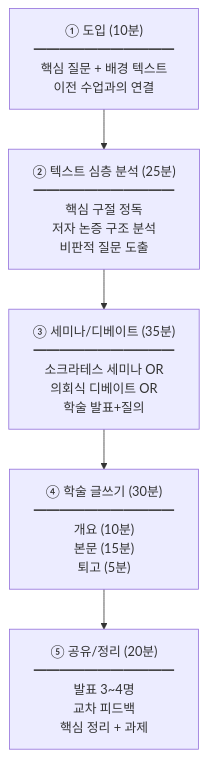
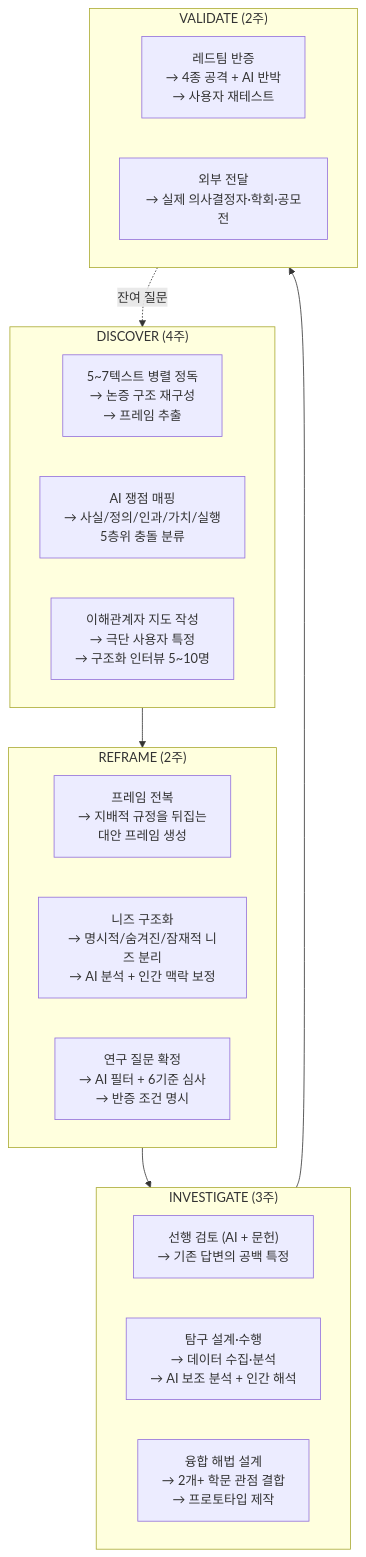
The first of 4 diagrams in 아이디어/독서토론_고등과정_실전운영_매뉴얼.md (Collegenie-X/ReadingClueProject), drawn with Mermaid before and after one commit. The commit also changed other lines of this file and 7 other files, not shown here.

````diff
--- a/아이디어/독서토론_고등과정_실전운영_매뉴얼.md
+++ b/아이디어/독서토론_고등과정_실전운영_매뉴얼.md
@@ -170,8 +21,24 @@
 ```mermaid
 flowchart TD
-    A["① 도입 (10분)<br/>━━━━━━━━━━━<br/>핵심 질문 + 배경 텍스트<br/>이전 수업과의 연결"]
-    --> B["② 텍스트 심층 분석 (25분)<br/>━━━━━━━━━━━<br/>핵심 구절 정독<br/>저자 논증 구조 분석<br/>비판적 질문 도출"]
-    --> C["③ 세미나/디베이트 (35분)<br/>━━━━━━━━━━━<br/>소크라테스 세미나 OR<br/>의회식 디베이트 OR<br/>학술 발표+질의"]
-    --> D["④ 학술 글쓰기 (30분)<br/>━━━━━━━━━━━<br/>개요 (10분)<br/>본문 (15분)<br/>퇴고 (5분)"]
-    --> E["⑤ 공유/정리 (20분)<br/>━━━━━━━━━━━<br/>발표 3~4명<br/>교차 피드백<br/>핵심 정리 + 과제"]
+    subgraph DISCOVER["DISCOVER (4주)"]
+        D1["5~7텍스트 병렬 정독<br/>→ 논증 구조 재구성<br/>→ 프레임 추출"]
+        D2["AI 쟁점 매핑<br/>→ 사실/정의/인과/가치/실행<br/>5층위 충돌 분류"]
+        D3["이해관계자 지도 작성<br/>→ 극단 사용자 특정<br/>→ 구조화 인터뷰 5~10명"]
+    end
+    subgraph REFRAME["REFRAME (2주)"]
+        R1["프레임 전복<br/>→ 지배적 규정을 뒤집는<br/>대안 프레임 생성"]
+        R2["니즈 구조화<br/>→ 명시적/숨겨진/잠재적 니즈 분리<br/>→ AI 분석 + 인간 맥락 보정"]
+        R3["연구 질문 확정<br/>→ AI 필터 + 6기준 심사<br/>→ 반증 조건 명시"]
+    end
+    subgraph INVESTIGATE["INVESTIGATE (3주)"]
+        I1["선행 검토 (AI + 문헌)<br/>→ 기존 답변의 공백 특정"]
+        I2["탐구 설계·수행<br/>→ 데이터 수집·분석<br/>→ AI 보조 분석 + 인간 해석"]
+        I3["융합 해법 설계<br/>→ 2개+ 학문 관점 결합<br/>→ 프로토타입 제작"]
+    end
+    subgraph VALIDATE["VALIDATE (2주)"]
+        V1["레드팀 반증<br/>→ 4종 공격 + AI 반박<br/>→ 사용자 재테스트"]
+        V2["외부 전달<br/>→ 실제 의사결정자·학회·공모전"]
+    end
+    DISCOVER --> REFRAME --> INVESTIGATE --> VALIDATE
+    VALIDATE -.잔여 질문.-> DISCOVER
 ```
````
